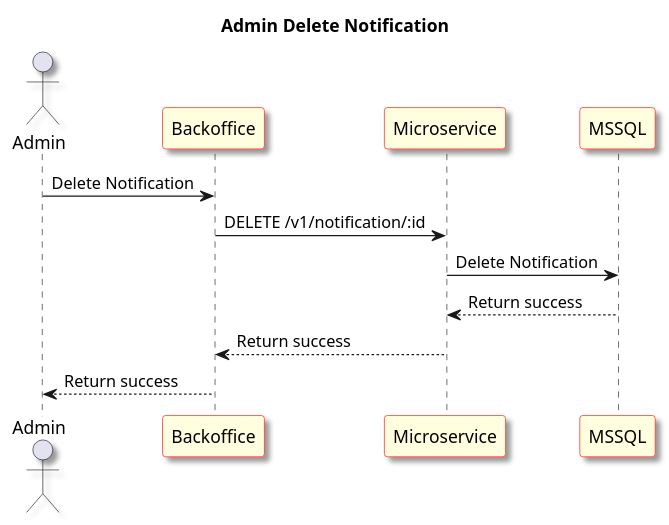
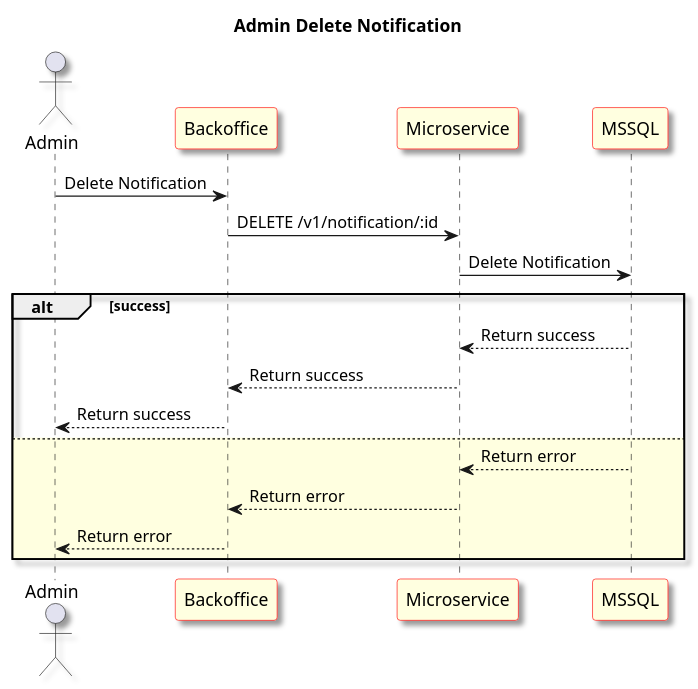
Before and after one commit to aofiee/Job1-Diagram: the diagram in Sequence-Diagram/18. AdminDeleteNotification.wsd, drawn with PlantUML. The commit also changed 56 other files, not shown here.

```diff
--- a/Sequence-Diagram/18. AdminDeleteNotification.wsd
+++ b/Sequence-Diagram/18. AdminDeleteNotification.wsd
@@ -1,26 +1,37 @@
 @startuml Admin Delete Notification
 skinparam shadowing true
 skinparam sequence {
 	ParticipantBackgroundColor LightYellow
 	ParticipantBorderColor red
 }
 Title: Admin Delete Notification
 actor "Admin" as User1
 participant "Backoffice" as Frontend
 participant "Microservice" as Microservice
 participant "MSSQL" as Database
 
 User1 -> Frontend: Delete Notification
 
 Frontend -> Microservice: DELETE /v1/notification/:id
 
 Microservice -> Database: Delete Notification
 
+alt success
+
 Database --> Microservice: Return success
 
 Microservice --> Frontend: Return success
 
 Frontend --> User1: Return success
 
+else #LightYellow
+
+Database --> Microservice: Return error
+
+Microservice --> Frontend: Return error
+
+Frontend --> User1: Return error
+
+end
 
 @enduml
```
